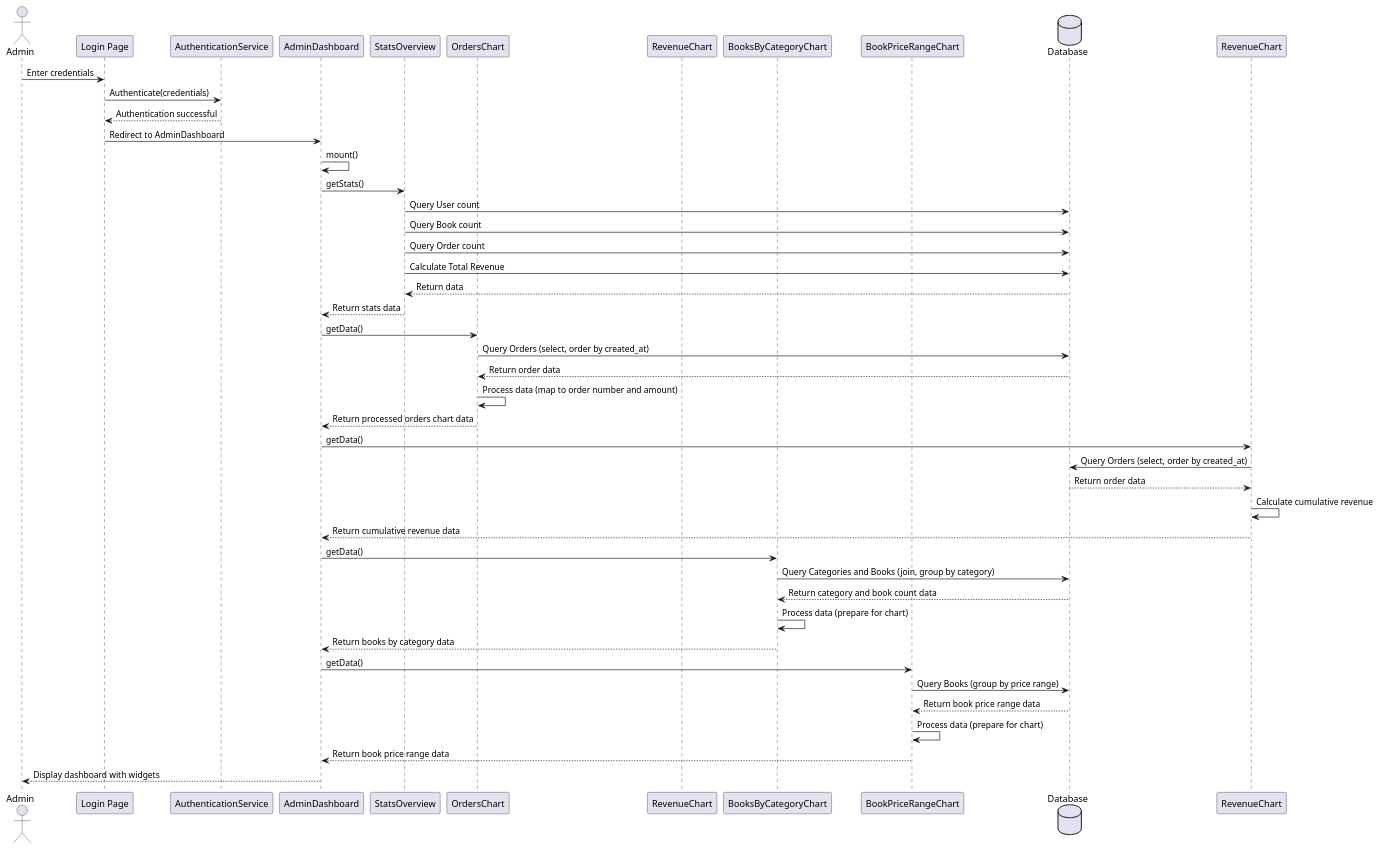
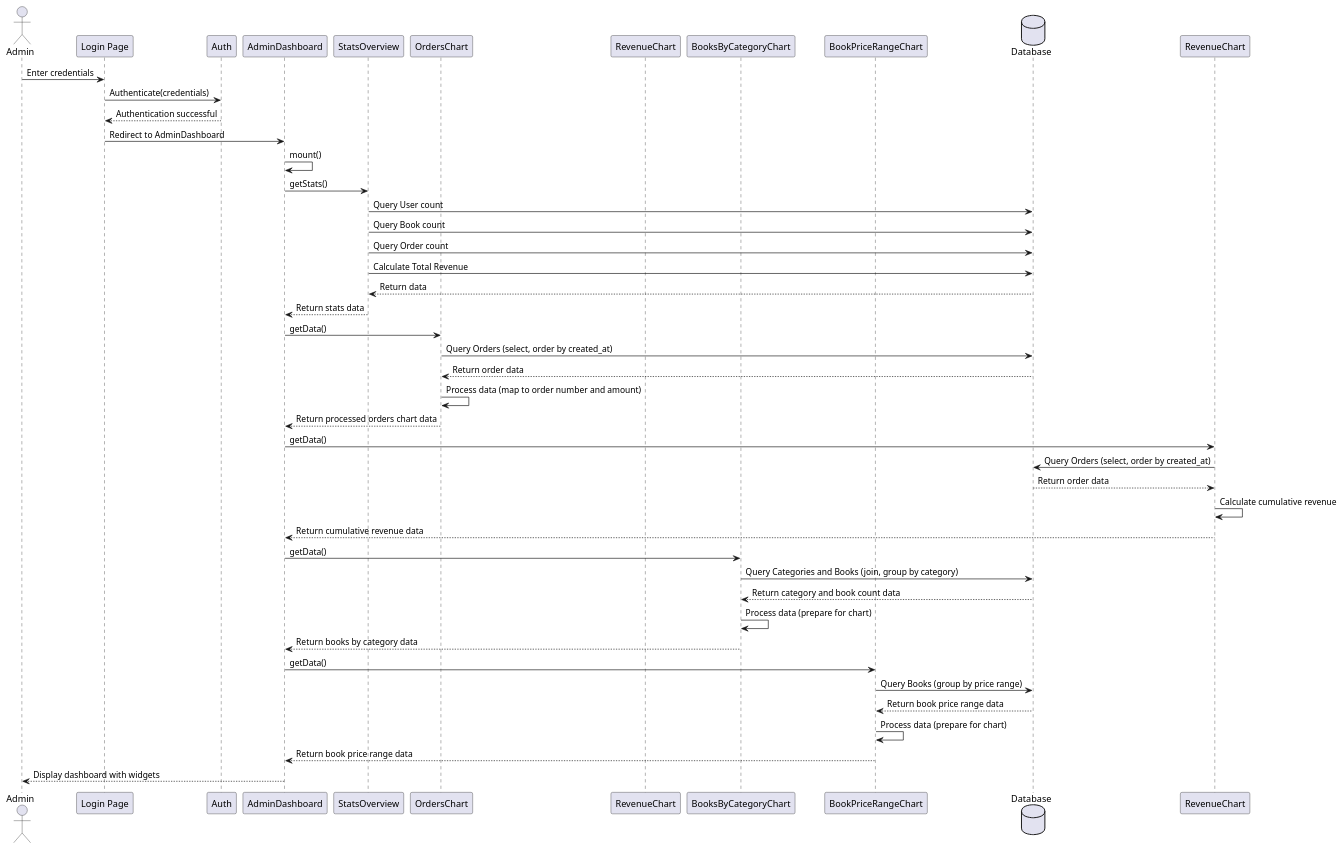
The diagram in app/View/admin-dashboard.puml (RN-USEK/BOOKE), drawn with PlantUML before and after one commit. The commit also changed 11 other files, not shown here.

```diff
--- a/app/View/admin-dashboard.puml
+++ b/app/View/admin-dashboard.puml
@@ -1,54 +1,54 @@
 @startuml
 actor Admin
 participant "Login Page" as LoginPage
-participant "AuthenticationService" as AuthService
+participant "Auth" as AuthService
 participant "AdminDashboard" as AdminDashboard
 participant "StatsOverview" as StatsWidget
 participant "OrdersChart" as OrdersWidget
 participant "RevenueChart" as RevenueWidget
 participant "BooksByCategoryChart" as CategoryWidget
 participant "BookPriceRangeChart" as PriceWidget
 database "Database" as DB
 
 Admin -> LoginPage : Enter credentials
 LoginPage -> AuthService : Authenticate(credentials)
 AuthService --> LoginPage : Authentication successful
 LoginPage -> AdminDashboard : Redirect to AdminDashboard
 
 AdminDashboard -> AdminDashboard : mount()
 
 AdminDashboard -> StatsWidget : getStats()
 StatsWidget -> DB : Query User count
 StatsWidget -> DB : Query Book count
 StatsWidget -> DB : Query Order count
 StatsWidget -> DB : Calculate Total Revenue
 DB --> StatsWidget : Return data
 StatsWidget --> AdminDashboard : Return stats data
 
 AdminDashboard -> OrdersWidget : getData()
 OrdersWidget -> DB : Query Orders (select, order by created_at)
 DB --> OrdersWidget : Return order data
 OrdersWidget -> OrdersWidget : Process data (map to order number and amount)
 OrdersWidget --> AdminDashboard : Return processed orders chart data
 
 AdminDashboard -> RevenueChart : getData()
 RevenueChart -> DB : Query Orders (select, order by created_at)
 DB --> RevenueChart : Return order data
 RevenueChart -> RevenueChart : Calculate cumulative revenue
 RevenueChart --> AdminDashboard : Return cumulative revenue data
 
 AdminDashboard -> CategoryWidget : getData()
 CategoryWidget -> DB : Query Categories and Books (join, group by category)
 DB --> CategoryWidget : Return category and book count data
 CategoryWidget -> CategoryWidget : Process data (prepare for chart)
 CategoryWidget --> AdminDashboard : Return books by category data
 
 AdminDashboard -> PriceWidget : getData()
 PriceWidget -> DB : Query Books (group by price range)
 DB --> PriceWidget : Return book price range data
 PriceWidget -> PriceWidget : Process data (prepare for chart)
 PriceWidget --> AdminDashboard : Return book price range data
 
 AdminDashboard --> Admin : Display dashboard with widgets
 
 @enduml
```
